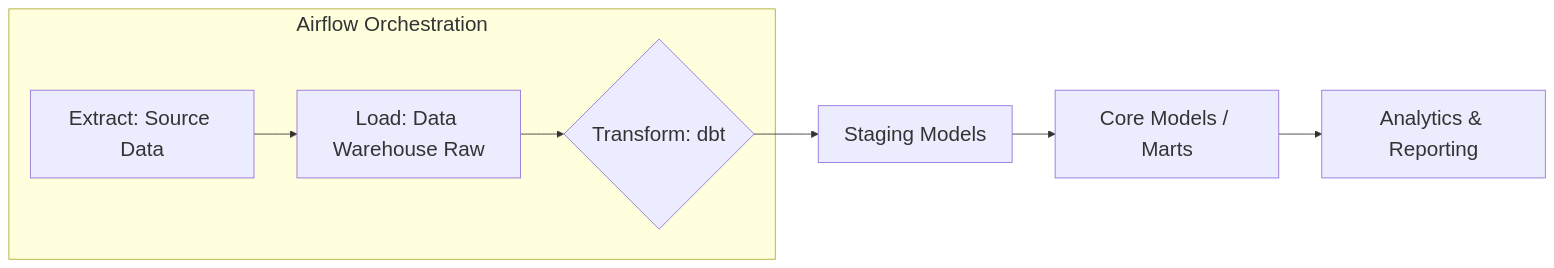
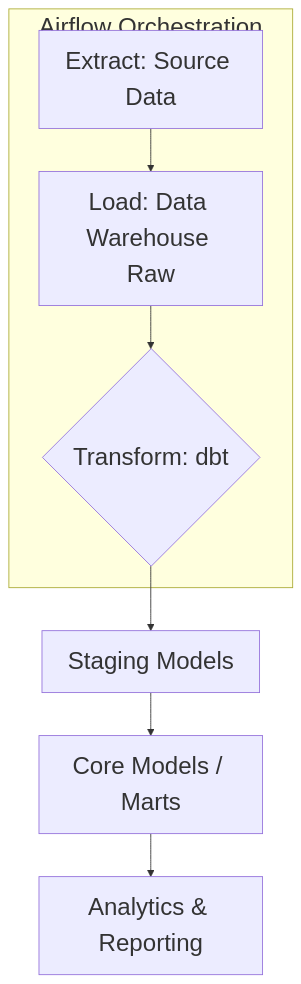
The diagram in skills/data/etl-pipelines/SKILL.md (j4flmao/agent-skills), drawn with Mermaid before and after one commit. The commit also changed 826 other files, not shown here.

Commit message:
style(skills): Revert to TD layout and add useMaxWidth=false to prevent Mermaid diagram compression

````diff
--- a/skills/data/etl-pipelines/SKILL.md
+++ b/skills/data/etl-pipelines/SKILL.md
@@ -10,15 +10,15 @@
 ```mermaid
-%%{init: {"theme": "default", "themeVariables": {"fontSize": "24px"}}}%%
-flowchart LR
+%%{init: {"theme": "default", "themeVariables": {"fontSize": "28px"}, "flowchart": {"useMaxWidth": false}}}%%
+flowchart TD
     A[Extract: Source Data] --> B[Load: Data Warehouse Raw]
     B --> C{Transform: dbt}
     C --> D[Staging Models]
     D --> E[Core Models / Marts]
     E --> F[Analytics & Reporting]
     
-    subgraph Airflow Orchestration
+    subgraph AirflowOrchestration ["Airflow Orchestration"]
     A
     B
     C
     end
 ```
````
